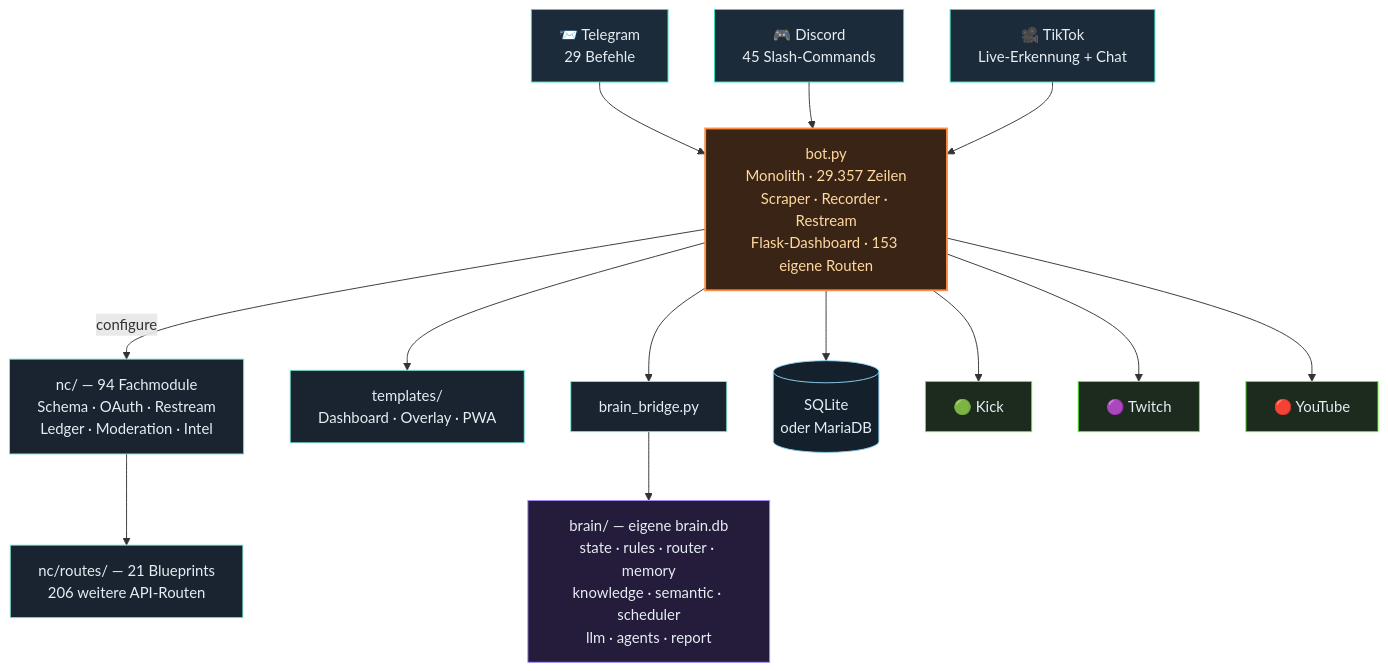
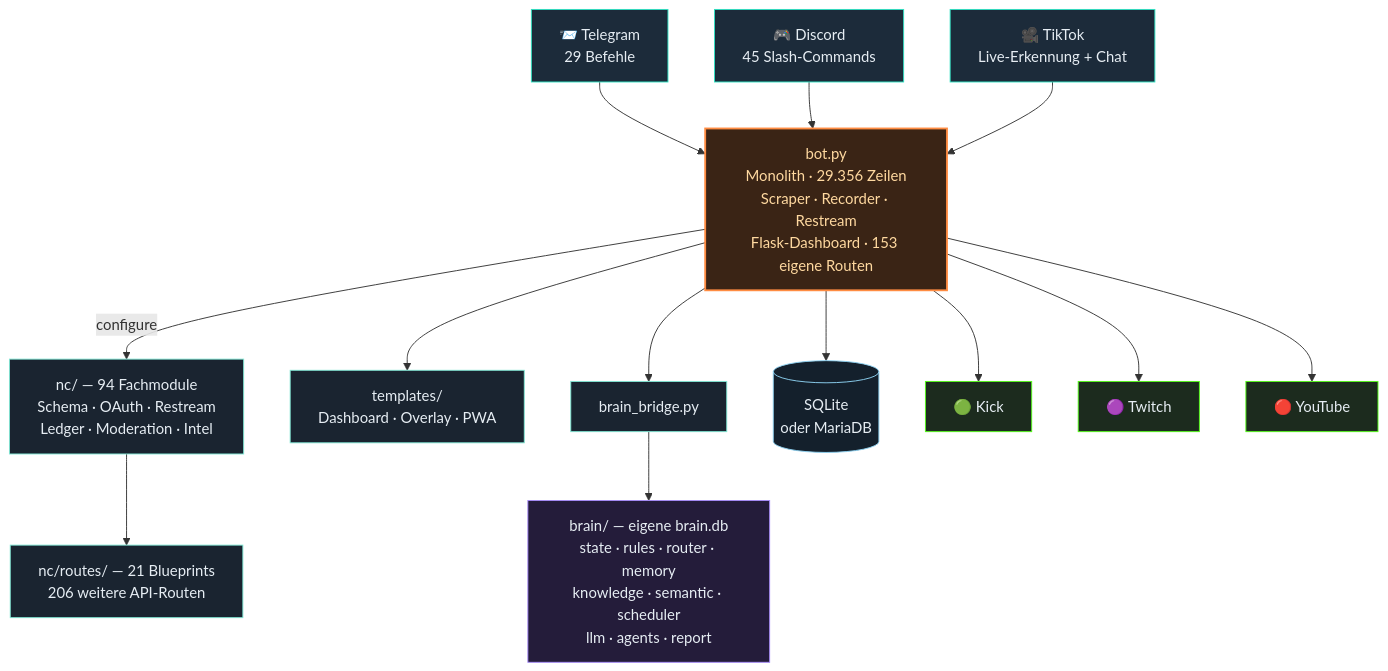
Before and after one commit to itsamemedev/Telegram-Stream-Info-Bot: the third of 4 diagrams in README.md, drawn with Mermaid. The commit also changed other lines of this file and 7 other files, not shown here.

````diff
--- a/README.md
+++ b/README.md
@@ -189,30 +189,30 @@
 ```mermaid
 flowchart TB
     TG["📨 Telegram<br/>29 Befehle"]:::ein
     DC["🎮 Discord<br/>45 Slash-Commands"]:::ein
     TT["🎥 TikTok<br/>Live-Erkennung + Chat"]:::ein
 
     TG --> BOT
     DC --> BOT
     TT --> BOT
 
-    BOT["bot.py<br/>Monolith · 29.357 Zeilen<br/>Scraper · Recorder · Restream<br/>Flask-Dashboard · 153 eigene Routen"]:::core
+    BOT["bot.py<br/>Monolith · 29.356 Zeilen<br/>Scraper · Recorder · Restream<br/>Flask-Dashboard · 153 eigene Routen"]:::core
 
     BOT -->|configure| NC["nc/ — 94 Fachmodule<br/>Schema · OAuth · Restream<br/>Ledger · Moderation · Intel"]:::lib
     NC --> RT["nc/routes/ — 21 Blueprints<br/>206 weitere API-Routen"]:::lib
     BOT --> TPL["templates/<br/>Dashboard · Overlay · PWA"]:::lib
     BOT --> BR["brain_bridge.py"]:::lib
     BR --> BRAIN["brain/ — eigene brain.db<br/>state · rules · router · memory<br/>knowledge · semantic · scheduler<br/>llm · agents · report"]:::brain
     BOT --> DB[("SQLite<br/>oder MariaDB")]:::db
 
     BOT --> KICK["🟢 Kick"]:::out
     BOT --> TW["🟣 Twitch"]:::out
     BOT --> YT["🔴 YouTube"]:::out
 
     classDef ein fill:#1c2b3a,stroke:#2de1c2,color:#e6edf3
     classDef core fill:#3a2415,stroke:#ff8c42,stroke-width:2px,color:#ffd9a0
     classDef lib fill:#1a2430,stroke:#7fe7d4,color:#e6edf3
     classDef brain fill:#241c3a,stroke:#a78bfa,color:#e6edf3
     classDef db fill:#14202c,stroke:#8fd3f4,color:#e6edf3
     classDef out fill:#1c2b1e,stroke:#53fc18,color:#e6edf3
 ```
````
